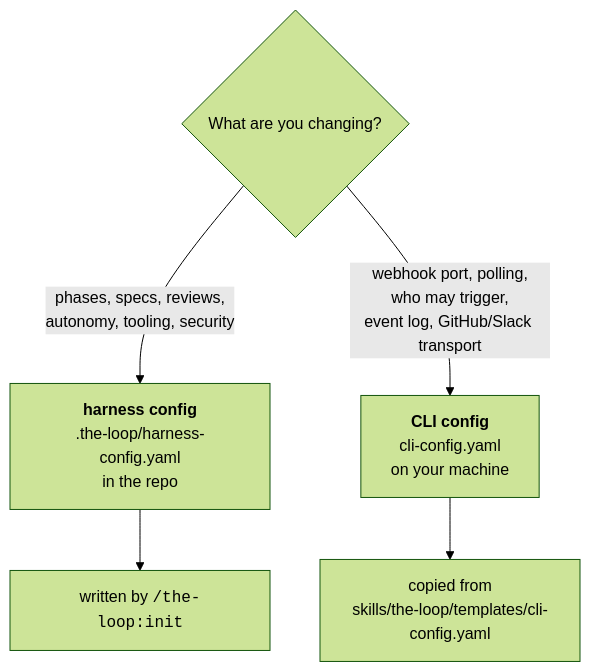
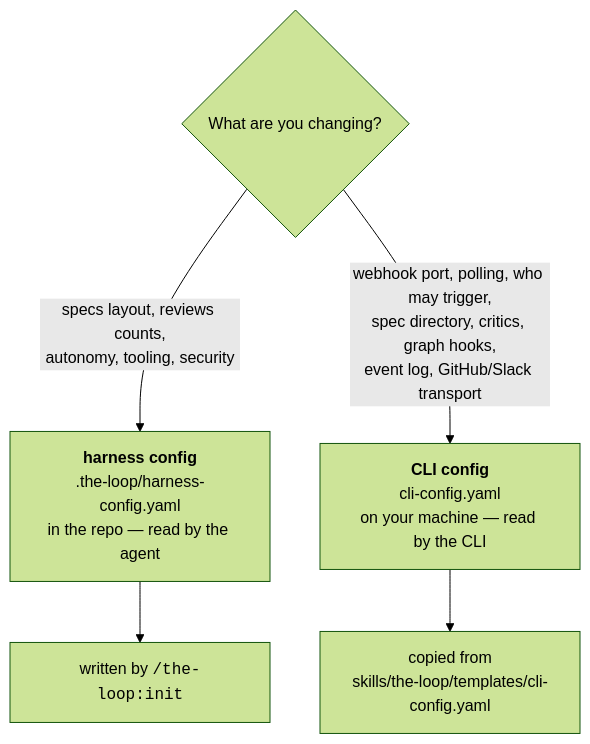
One commit to MadaraUchiha-314/the-loop changed the diagram in docs/config/index.md. Above: the diagram before and after it, drawn with Mermaid (forest theme). The commit also changed other lines of this file and 140 other files, not shown here.

````diff
--- a/docs/config/index.md
+++ b/docs/config/index.md
@@ -33,8 +34,8 @@
 ```mermaid
 graph TD
   Q{"What are you changing?"}
-  Q -->|"phases, specs, reviews,<br/>autonomy, tooling, security"| H["<b>harness config</b><br/>.the-loop/harness-config.yaml<br/>in the repo"]
-  Q -->|"webhook port, polling,<br/>who may trigger,<br/>event log, GitHub/Slack transport"| C["<b>CLI config</b><br/>cli-config.yaml<br/>on your machine"]
+  Q -->|"specs layout, reviews counts,<br/>autonomy, tooling, security"| H["<b>harness config</b><br/>.the-loop/harness-config.yaml<br/>in the repo — read by the agent"]
+  Q -->|"webhook port, polling, who may trigger,<br/>spec directory, critics, graph hooks,<br/>event log, GitHub/Slack transport"| C["<b>CLI config</b><br/>cli-config.yaml<br/>on your machine — read by the CLI"]
   H --> H2["written by <code>/the-loop:init</code>"]
   C --> C2["copied from<br/>skills/the-loop/templates/cli-config.yaml"]
 ```
````
